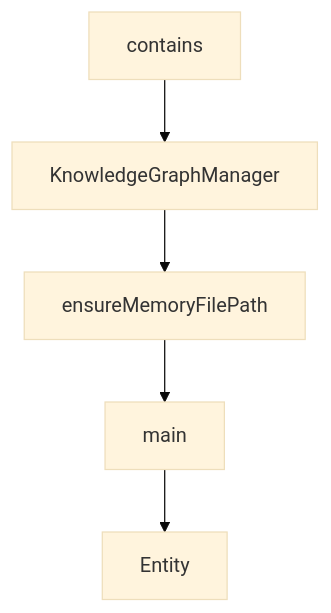
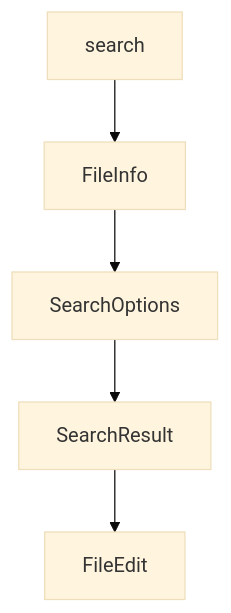
One commit to johnxie/awesome-code-docs changed the diagram in tutorials/mcp-servers-tutorial/03-git-server.md. Above: the diagram before and after it, drawn with Mermaid (base theme). The commit also changed other lines of this file and 1232 other files, not shown here.

````diff
--- a/tutorials/mcp-servers-tutorial/03-git-server.md
+++ b/tutorials/mcp-servers-tutorial/03-git-server.md
@@ -275,12 +286,12 @@
 ```mermaid
 flowchart TD
-    A[contains]
-    B[KnowledgeGraphManager]
-    C[ensureMemoryFilePath]
-    D[main]
-    E[Entity]
+    A[search]
+    B[FileInfo]
+    C[SearchOptions]
+    D[SearchResult]
+    E[FileEdit]
     A --> B
     B --> C
     C --> D
     D --> E
 ```
````
